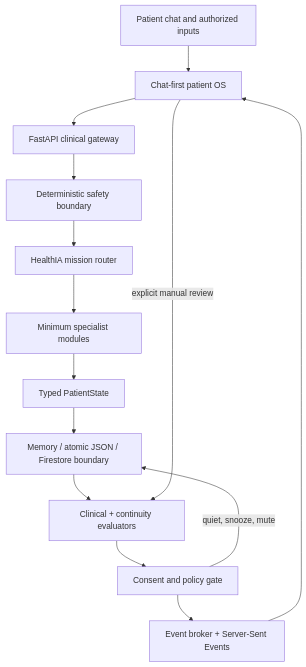
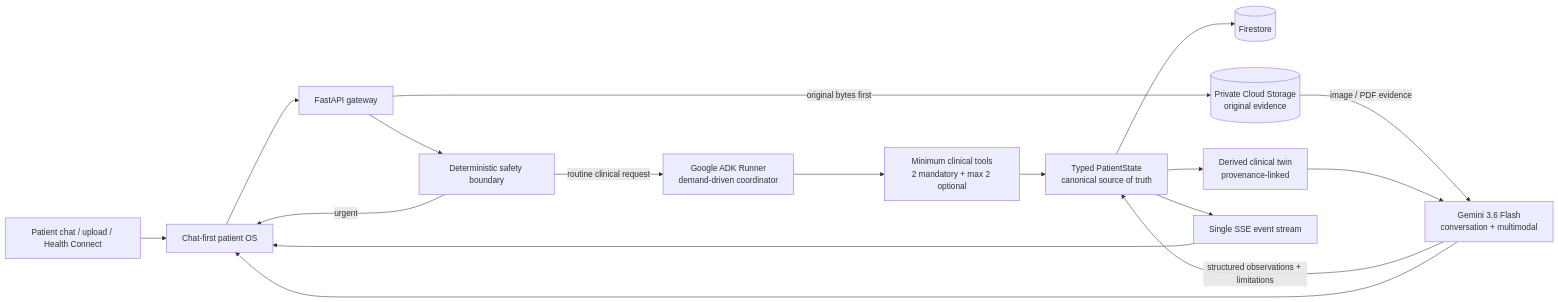
One commit to arisnachy/healthia-one changed the first of 2 diagrams in docs/ARCHITECTURE.md. Above: the diagram before and after it, drawn with Mermaid. The commit also changed other lines of this file, not shown here.

Commit message:
docs: publish judge-ready event-driven ADK and clinical twin architecture

````diff
--- a/docs/ARCHITECTURE.md
+++ b/docs/ARCHITECTURE.md
@@ -5,19 +5,27 @@
 ```mermaid
-flowchart TB
-    P[Patient chat and authorized inputs]
+flowchart LR
+    PATIENT[Patient chat / upload / Health Connect]
     UI[Chat-first patient OS]
-    API[FastAPI clinical gateway]
+    API[FastAPI gateway]
     SAFE[Deterministic safety boundary]
-    ROUTER[HealthIA mission router]
-    MODULES[Minimum specialist modules]
-    STATE[Typed PatientState]
-    STORE[Memory / atomic JSON / Firestore boundary]
-    EVAL[Clinical + continuity evaluators]
-    CONTROL[Consent and policy gate]
-    SSE[Event broker + Server-Sent Events]
+    ADK[Google ADK Runner\ndemand-driven coordinator]
+    TOOLS[Minimum clinical tools\n2 mandatory + max 2 optional]
+    STATE[Typed PatientState\ncanonical source of truth]
+    FS[(Firestore)]
+    GCS[(Private Cloud Storage\noriginal evidence)]
+    TWIN[Derived clinical twin\nprovenance-linked]
+    GEMINI[Gemini 3.6 Flash\nconversation + multimodal]
+    SSE[Single SSE event stream]
 
-    P --> UI --> API --> SAFE --> ROUTER --> MODULES --> STATE --> STORE
-    STORE --> EVAL --> CONTROL --> SSE --> UI
-    CONTROL -->|quiet, snooze, mute| STORE
-    UI -->|explicit manual review| EVAL
+    PATIENT --> UI --> API --> SAFE
+    SAFE -->|routine clinical request| ADK --> TOOLS --> STATE
+    SAFE -->|urgent| UI
+    API -->|original bytes first| GCS
+    GCS -->|image / PDF evidence| GEMINI
+    GEMINI -->|structured observations + limitations| STATE
+    STATE --> FS
+    STATE --> TWIN
+    TWIN --> GEMINI
+    GEMINI --> UI
+    STATE --> SSE --> UI
 ```
````
